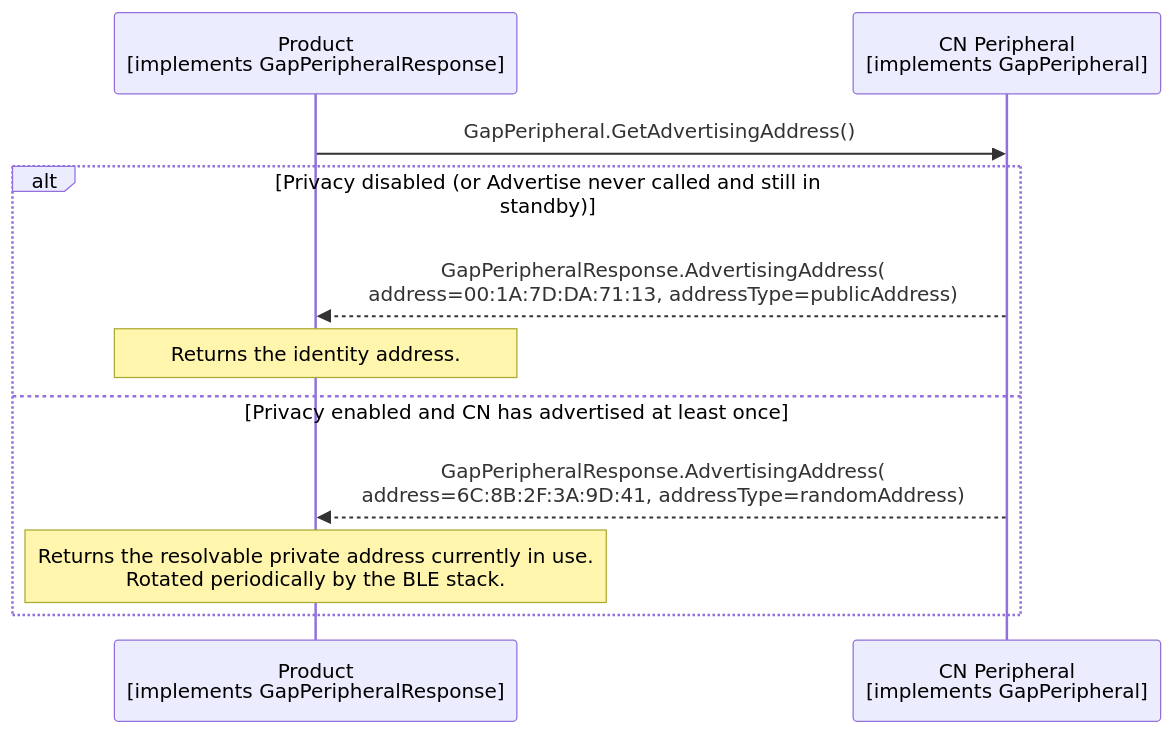
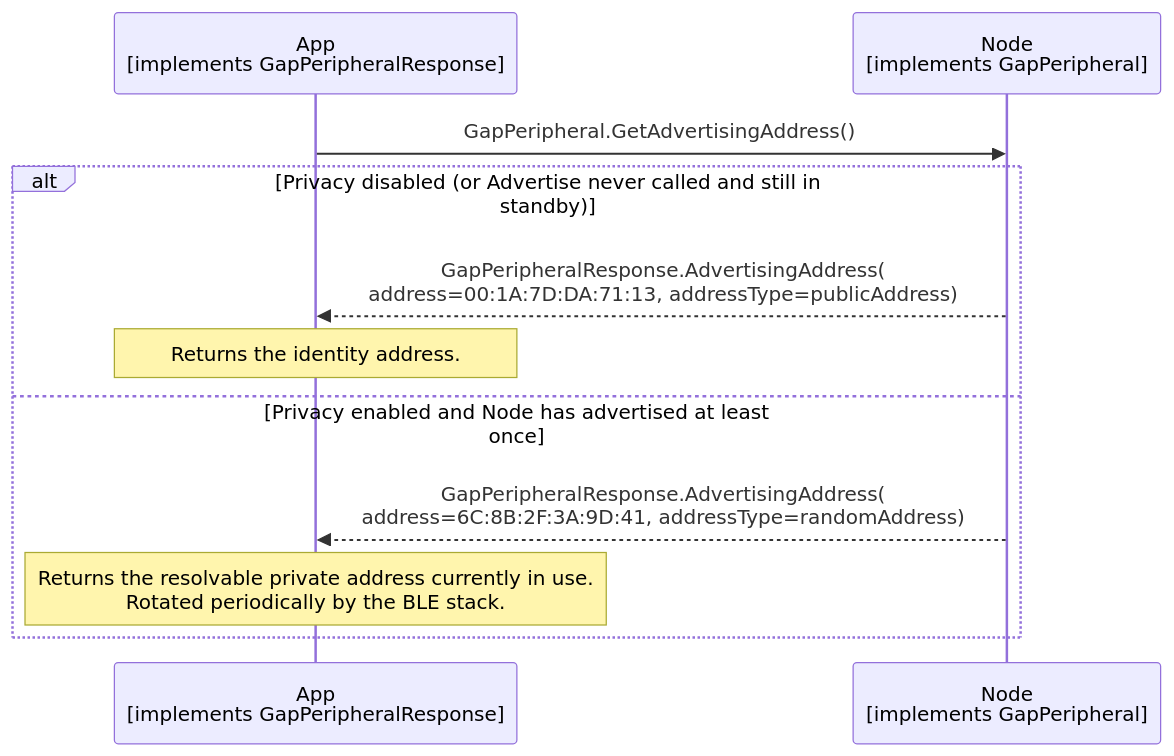
The diagram in documents/modules/ROOT/partials/echoservices/gap_peripheral/GapPeripheral_GetAdvertisingAddress_sequence.mmd (philips-software/amp-embedded-infra-lib), drawn with Mermaid before and after one commit. The commit also changed 36 other files, not shown here.

```diff
--- a/documents/modules/ROOT/partials/echoservices/gap_peripheral/GapPeripheral_GetAdvertisingAddress_sequence.mmd
+++ b/documents/modules/ROOT/partials/echoservices/gap_peripheral/GapPeripheral_GetAdvertisingAddress_sequence.mmd
@@ -1,11 +1,11 @@
 sequenceDiagram
-    participant Product as Product<br>[implements GapPeripheralResponse]
-    participant CN as CN Peripheral<br>[implements GapPeripheral]
-    Product->>CN: GapPeripheral.GetAdvertisingAddress()
+    participant App as App<br>[implements GapPeripheralResponse]
+    participant Node as Node<br>[implements GapPeripheral]
+    App->>Node: GapPeripheral.GetAdvertisingAddress()
     alt Privacy disabled (or Advertise never called and still in standby)
-        CN-->>Product: GapPeripheralResponse.AdvertisingAddress(<br>address=00:1A:7D:DA:71:13, addressType=publicAddress)
-        Note over Product: Returns the identity address.
-    else Privacy enabled and CN has advertised at least once
-        CN-->>Product: GapPeripheralResponse.AdvertisingAddress(<br>address=6C:8B:2F:3A:9D:41, addressType=randomAddress)
-        Note over Product: Returns the resolvable private address currently in use.<br>Rotated periodically by the BLE stack.
+        Node-->>App: GapPeripheralResponse.AdvertisingAddress(<br>address=00:1A:7D:DA:71:13, addressType=publicAddress)
+        Note over App: Returns the identity address.
+    else Privacy enabled and Node has advertised at least once
+        Node-->>App: GapPeripheralResponse.AdvertisingAddress(<br>address=6C:8B:2F:3A:9D:41, addressType=randomAddress)
+        Note over App: Returns the resolvable private address currently in use.<br>Rotated periodically by the BLE stack.
     end
```
